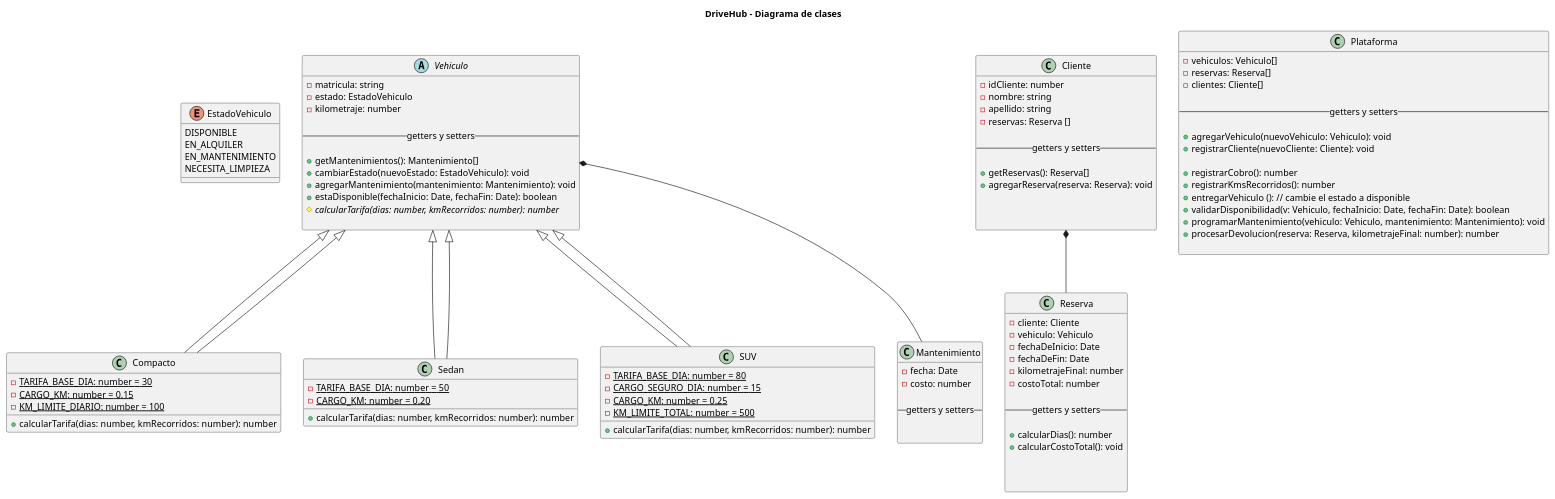
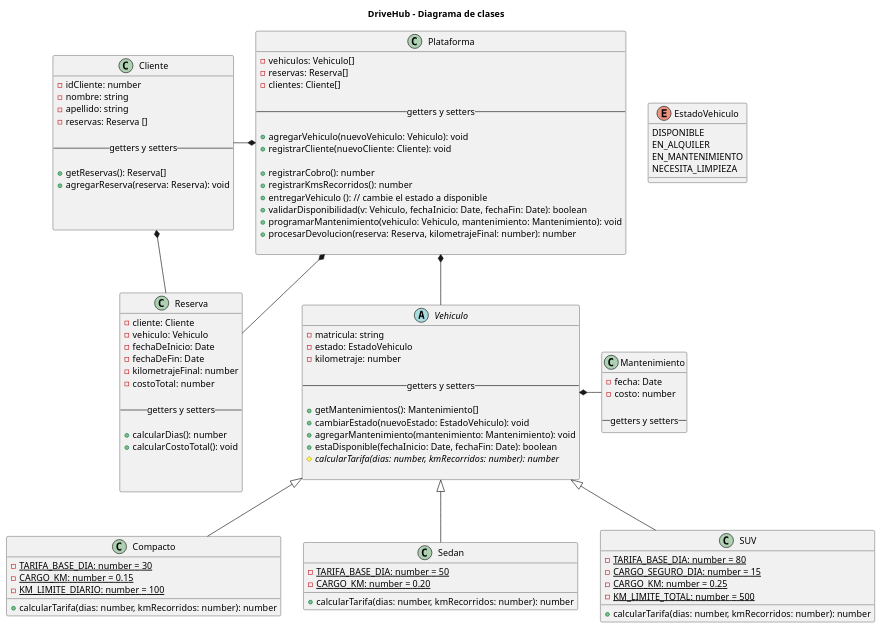
Before and after one commit to martingustavolopez/PROGRAMACION-II-CUVL: the diagram in diagramas/diagrama.puml, drawn with PlantUML. The commit also changed 1 other file, not shown here.

Commit message:
Cambios en clase Vehiculo

```diff
--- a/diagramas/diagrama.puml
+++ b/diagramas/diagrama.puml
@@ -1,138 +1,133 @@
 @startuml
 
 title DriveHub - Diagrama de clases
 
 ' Enumeracion de estado vehiculo
 enum EstadoVehiculo {
     DISPONIBLE
     EN_ALQUILER
     EN_MANTENIMIENTO
     NECESITA_LIMPIEZA
 }
 
 abstract class Vehiculo {
     - matricula: string
     - estado: EstadoVehiculo
     - kilometraje: number
     
     -- getters y setters --
 
     + getMantenimientos(): Mantenimiento[]
     + cambiarEstado(nuevoEstado: EstadoVehiculo): void
     + agregarMantenimiento(mantenimiento: Mantenimiento): void
     + estaDisponible(fechaInicio: Date, fechaFin: Date): boolean
     # {abstract} calcularTarifa(dias: number, kmRecorridos: number): number
     
 }
 
 class Compacto extends Vehiculo {
     - {static} TARIFA_BASE_DIA: number = 30
     - {static} CARGO_KM: number = 0.15
     - {static} KM_LIMITE_DIARIO: number = 100 
 
     + calcularTarifa(dias: number, kmRecorridos: number): number        
 }
 
 class Sedan extends Vehiculo {
     - {static} TARIFA_BASE_DIA: number = 50
     - {static} CARGO_KM: number = 0.20
 
     + calcularTarifa(dias: number, kmRecorridos: number): number
 }
 
 
 class SUV extends Vehiculo {
     - {static} TARIFA_BASE_DIA: number = 80
     - {static} CARGO_SEGURO_DIA: number = 15
     - {static} CARGO_KM: number = 0.25
     - {static} KM_LIMITE_TOTAL: number = 500
 
     + calcularTarifa(dias: number, kmRecorridos: number): number
 }
 
 
 class Cliente {
     - idCliente: number
     - nombre: string
     - apellido: string
     - reservas: Reserva []
 
     -- getters y setters --
 
     + getReservas(): Reserva[]
     + agregarReserva(reserva: Reserva): void
 
 
 
 }
 
 class Reserva {
     - cliente: Cliente
     - vehiculo: Vehiculo
     - fechaDeInicio: Date
     - fechaDeFin: Date
     - kilometrajeFinal: number
     - costoTotal: number
 
     -- getters y setters --
 
     + calcularDias(): number
 '    + calcularKilometrosRecorridos(): number
     + calcularCostoTotal(): void
 
 
 
 }
 
 class Mantenimiento {
     - fecha: Date
     - costo: number
     
     -- getters y setters --
-
-
 }
 
 class Plataforma {
     - vehiculos: Vehiculo[]
     - reservas: Reserva[]
     - clientes: Cliente[]
 
     -- getters y setters --
 
     + agregarVehiculo(nuevoVehiculo: Vehiculo): void
     + registrarCliente(nuevoCliente: Cliente): void
 
     + registrarCobro(): number
     + registrarKmsRecorridos(): number
     + entregarVehiculo (): // cambie el estado a disponible
     + validarDisponibilidad(v: Vehiculo, fechaInicio: Date, fechaFin: Date): boolean
     + programarMantenimiento(vehiculo: Vehiculo, mantenimiento: Mantenimiento): void
     + procesarDevolucion(reserva: Reserva, kilometrajeFinal: number): number
 
 }
 
+' Relaciones de composición
+Vehiculo *-r- Mantenimiento
+Cliente *-d- Reserva
 
-
-' Relaciones de herencia
-Vehiculo <|-- Compacto
-Vehiculo <|-- Sedan
-Vehiculo <|-- SUV
-
-' Relaciones de composición
-Vehiculo *-- Mantenimiento
-Cliente *-- Reserva
+Plataforma *-- Vehiculo
+Plataforma *-- Reserva
+Plataforma *-l- Cliente
 
 
 
 
 
 
 
 
 
 ' Notas
 
 
 
 @enduml
```
